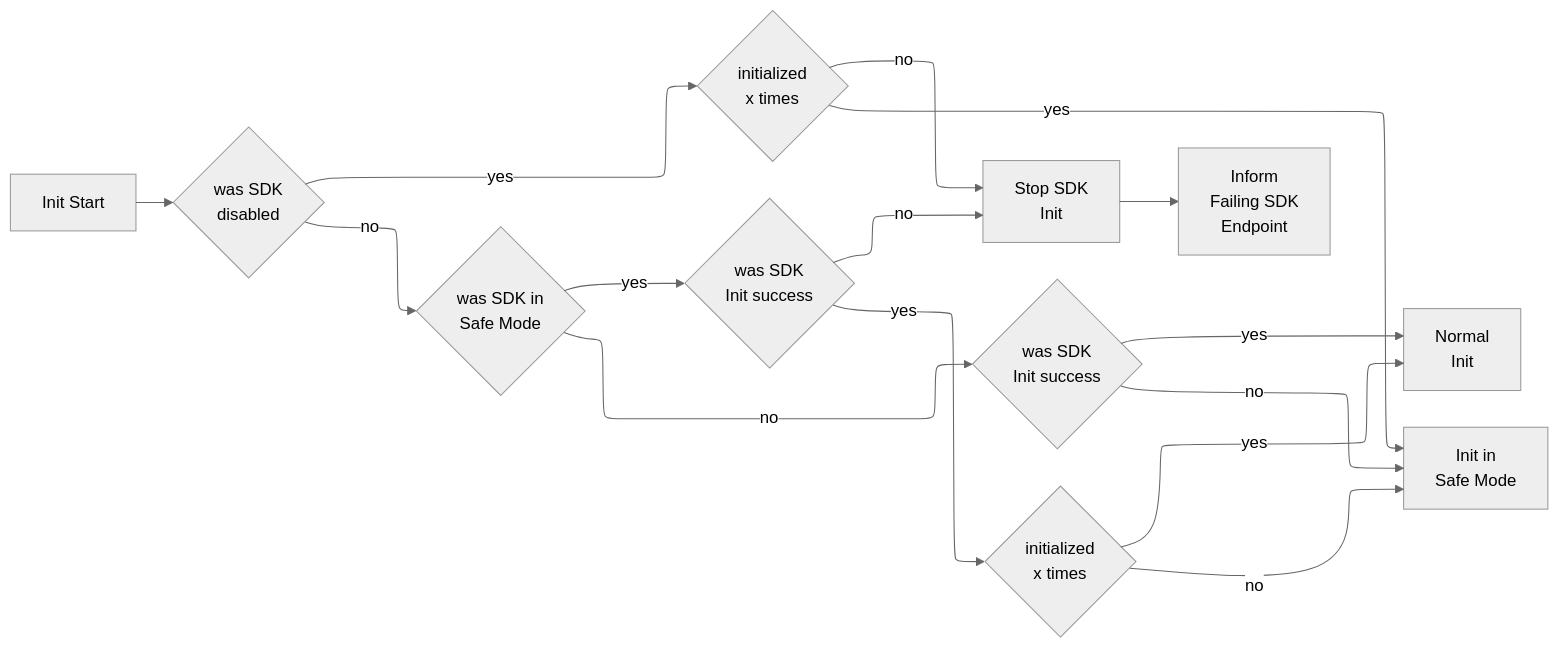
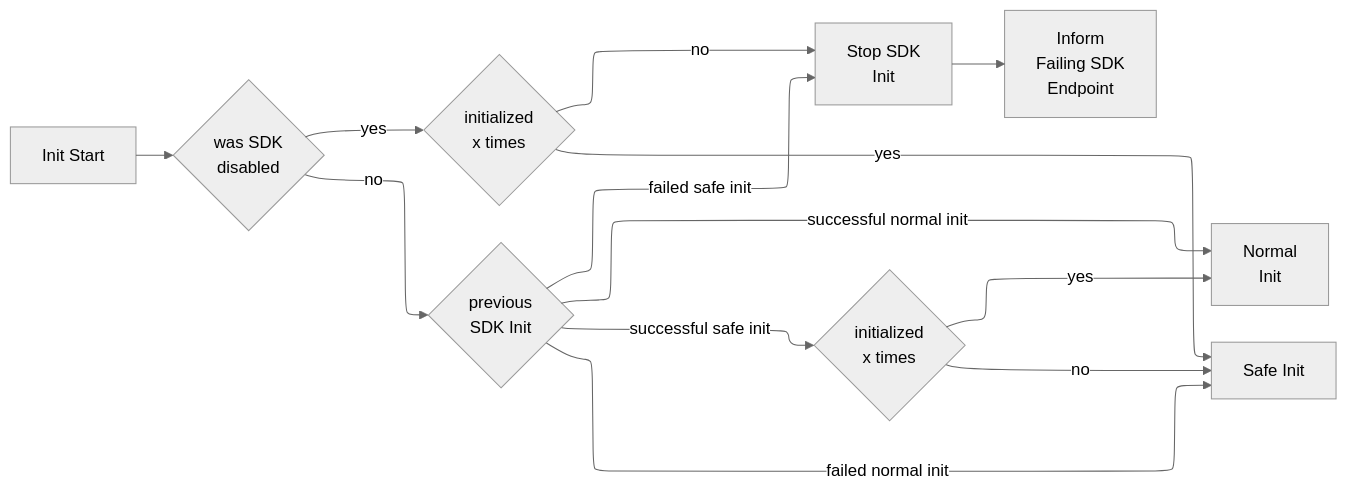
The diagram in text/0143-sdk-fail-safe-mode.md (getsentry/rfcs), drawn with Mermaid before and after one commit.

Commit message:
simplify diagram

````diff
--- a/text/0143-sdk-fail-safe-mode.md
+++ b/text/0143-sdk-fail-safe-mode.md
@@ -53,59 +53,49 @@
 ```mermaid
 ---
 config:
   layout: elk
   elk:
     mergeEdges: false
     nodePlacementStrategy: NETWORK_SIMPLEX
   theme: neutral
 ---
 flowchart LR
     sdk-init-start[Init Start]
     sdk-init-normal[Normal
         Init]
-    sdk-init-safe-mode[Init in
-        Safe Mode]
+    sdk-init-safe-mode[Safe Init]
     sdk-init-stop[Stop SDK
         Init]
     sdk-fail-endpoint[Inform
         Failing SDK
         Endpoint]
     
     
     decision-sdk-disabled@{ shape: diamond, label: "was SDK
         disabled" }
     decision-sdk-initialized-x-times@{ shape: diamond, label: "initialized
         x times" }
-    decision-init-success@{ shape: diamond, label: "was SDK
-        Init success" }
 
-    decision-init-success-safe-mode@{ shape: diamond, label: "was SDK
-        Init success" }
-
-    decision-safe-mode@{ shape: diamond, label: "was SDK in
-        Safe Mode" }
+    decision-sdk-mode@{ shape: diamond, label: "previous
+        SDK Init" }
     decision-sdk-init-x-times-safe-mode@{ shape: diamond, label: "initialized
         x times" }
     
     sdk-init-start --> decision-sdk-disabled
     decision-sdk-disabled-- yes --> decision-sdk-initialized-x-times
-    decision-sdk-disabled-- no --> decision-safe-mode
+    decision-sdk-disabled-- no --> decision-sdk-mode
     
     decision-sdk-initialized-x-times-- no --> sdk-init-stop
     decision-sdk-initialized-x-times-- yes --> sdk-init-safe-mode
+    
+    decision-sdk-mode-- successful normal init --> sdk-init-normal
+    decision-sdk-mode-- successful safe init --> decision-sdk-init-x-times-safe-mode
+    decision-sdk-mode-- failed normal init --> sdk-init-safe-mode
+    decision-sdk-mode-- failed safe init --> sdk-init-stop
 
-    decision-init-success-- yes --> sdk-init-normal
-    decision-init-success-- no --> sdk-init-safe-mode
-    
-    decision-safe-mode-- yes --> decision-init-success-safe-mode
-    decision-init-success-safe-mode -- yes --> decision-sdk-init-x-times-safe-mode
-    decision-sdk-init-x-times-safe-mode -- yes --> sdk-init-normal
-    decision-sdk-init-x-times-safe-mode -- no --> sdk-init-safe-mode
-
-    decision-init-success-safe-mode -- no --> sdk-init-stop
-
-    decision-safe-mode-- no --> decision-init-success
+    decision-sdk-init-x-times-safe-mode-- yes --> sdk-init-normal
+    decision-sdk-init-x-times-safe-mode-- no --> sdk-init-safe-mode 
 
     sdk-init-stop --> sdk-fail-endpoint
 
 ```
````
